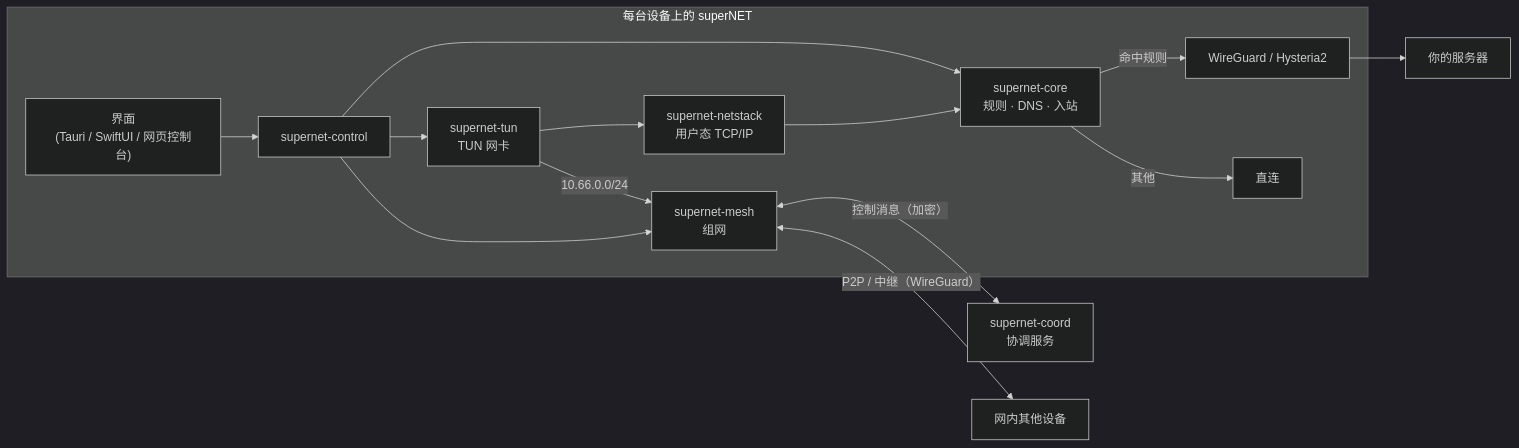
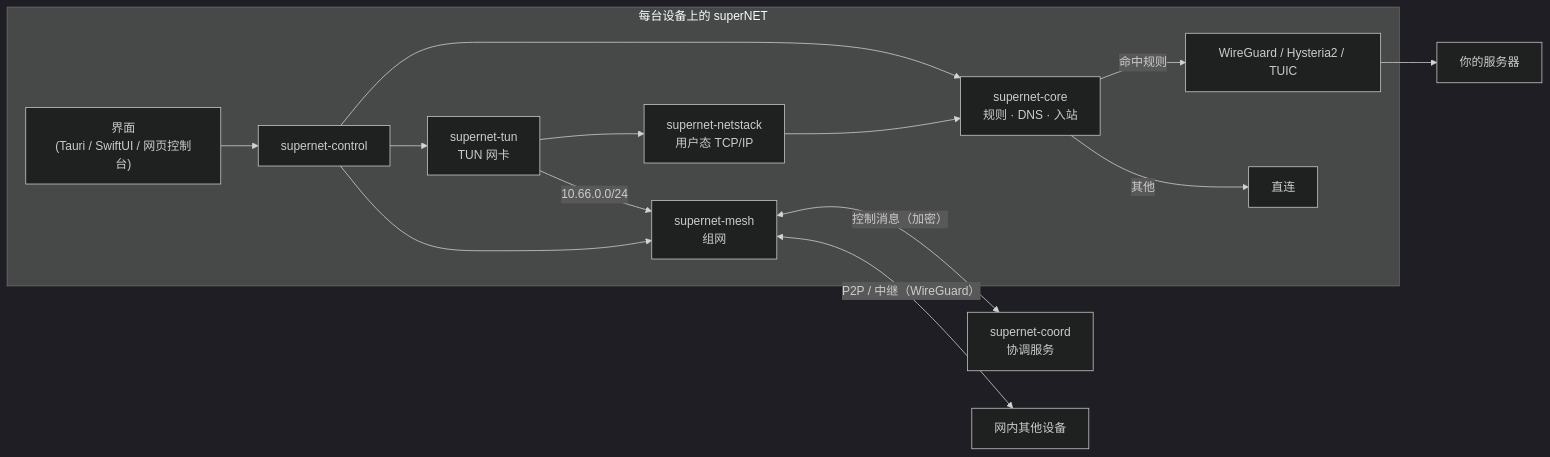
The diagram in README.md (azheea/superNET), drawn with Mermaid (dark theme) before and after one commit. The commit also changed other lines of this file and 16 other files, not shown here.

Commit message:
TUIC v5 客户端、supernet server 一键建 Hysteria2/TUIC 节点（Linux/Windows）、更多架构

````diff
--- a/README.md
+++ b/README.md
@@ -87,16 +88,16 @@
 ```mermaid
 flowchart LR
     subgraph dev["每台设备上的 superNET"]
         ui["界面<br/>(Tauri / SwiftUI / 网页控制台)"] --> ctl["supernet-control"]
         ctl --> core["supernet-core<br/>规则 · DNS · 入站"]
         ctl --> tun["supernet-tun<br/>TUN 网卡"]
         ctl --> mesh["supernet-mesh<br/>组网"]
         tun --> ns["supernet-netstack<br/>用户态 TCP/IP"] --> core
         tun -- "10.66.0.0/24" --> mesh
-        core -- 命中规则 --> out["WireGuard / Hysteria2"]
+        core -- 命中规则 --> out["WireGuard / Hysteria2 / TUIC"]
         core -- 其他 --> direct["直连"]
     end
     out --> srv["你的服务器"]
     mesh <-- "控制消息（加密）" --> coord["supernet-coord<br/>协调服务"]
     mesh <-- "P2P / 中继（WireGuard）" --> peers["网内其他设备"]
 ```
````
